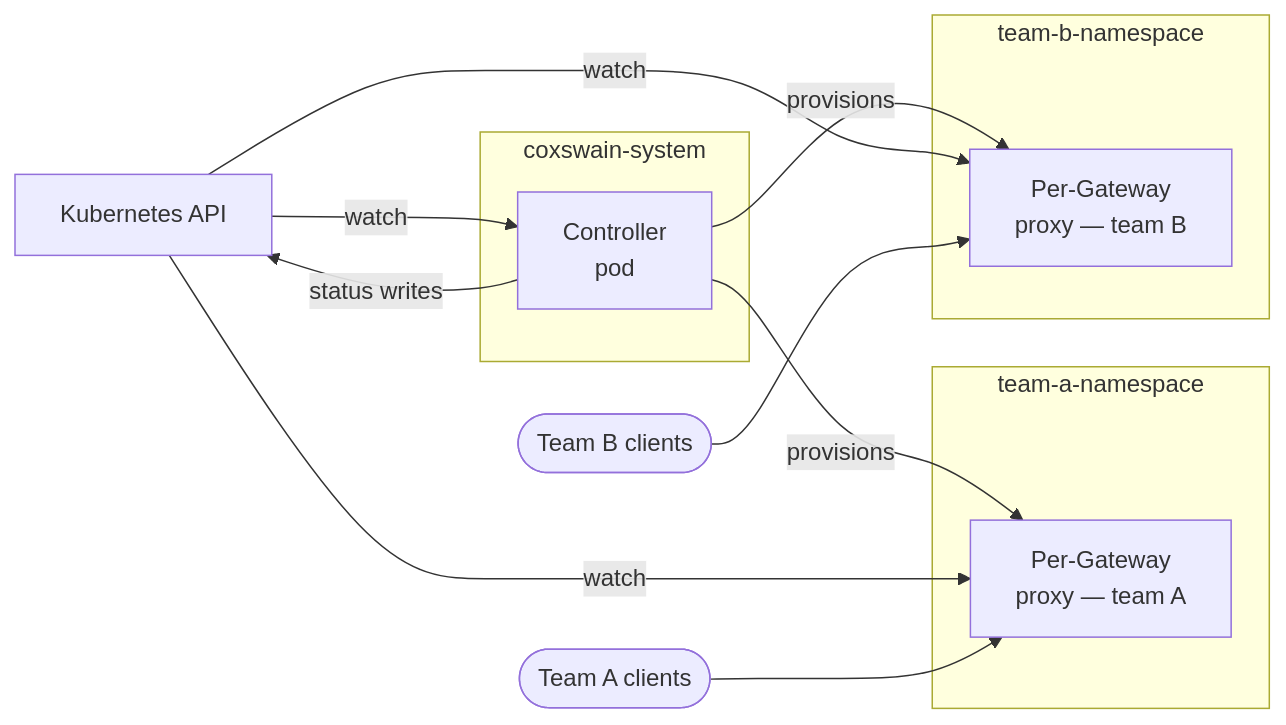
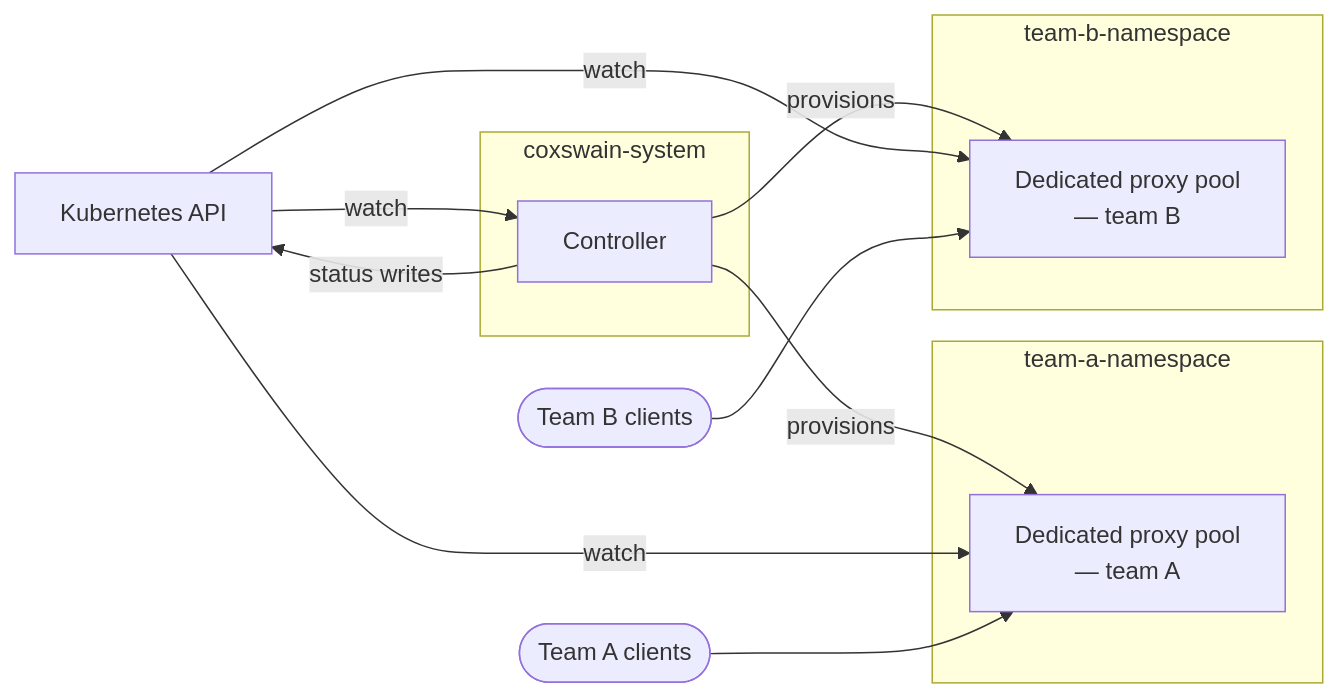
One commit to coxswain-labs/coxswain changed the fifth of 6 diagrams in docs/src/architecture.md. Above: the diagram before and after it, drawn with Mermaid. The commit also changed other lines of this file and 11 other files, not shown here.

````diff
--- a/docs/src/architecture.md
+++ b/docs/src/architecture.md
@@ -107,26 +127,26 @@
 ```mermaid
 flowchart LR
     K8s[Kubernetes API]
 
     subgraph cs[coxswain-system]
-        C[Controller\npod]
+        C[Controller]
     end
 
     subgraph ns_a[team-a-namespace]
-        GPA[Per-Gateway\nproxy — team A]
+        GPA[Dedicated proxy pool\n— team A]
     end
 
     subgraph ns_b[team-b-namespace]
-        GPB[Per-Gateway\nproxy — team B]
+        GPB[Dedicated proxy pool\n— team B]
     end
 
     K8s -->|watch| C
     C -->|status writes| K8s
     C -->|provisions| GPA
     C -->|provisions| GPB
     K8s -->|watch| GPA
     K8s -->|watch| GPB
 
     ClientsA([Team A clients]) --> GPA
     ClientsB([Team B clients]) --> GPB
 ```
````
